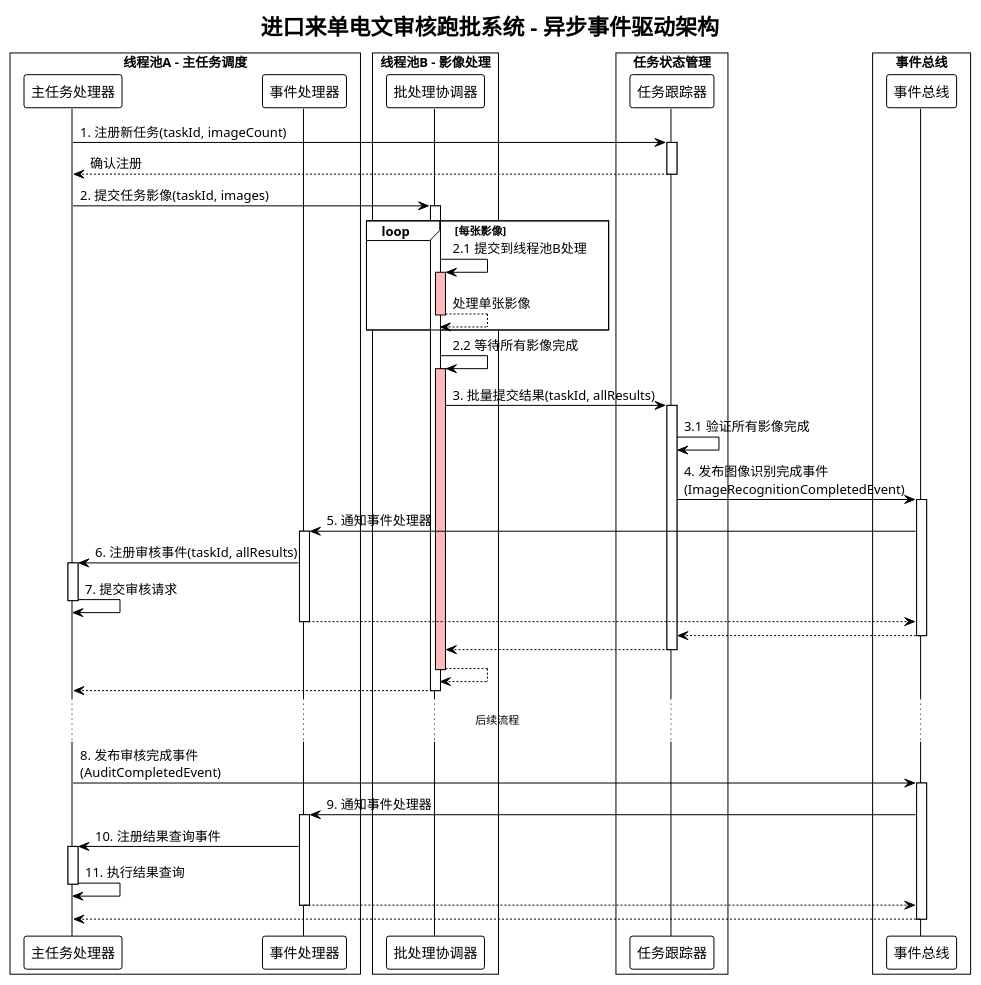
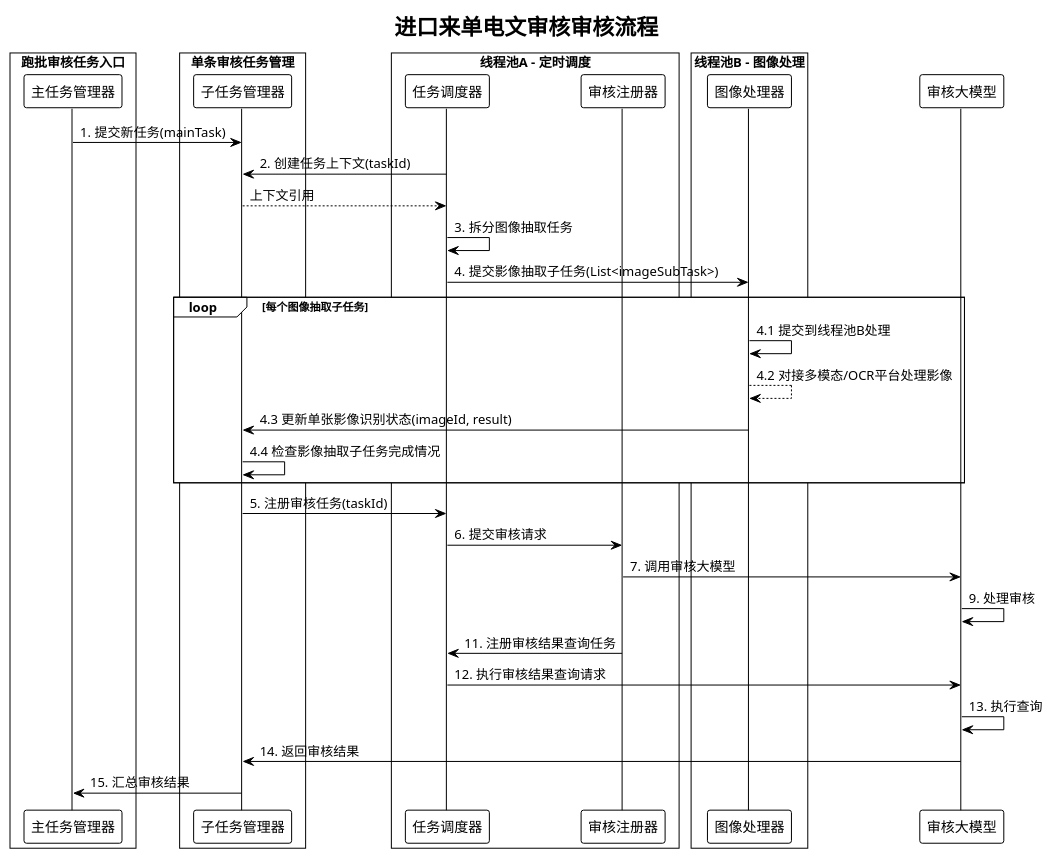
Before and after one commit to andyruohan/JavaApprentice: the diagram in session/honourAudit/process.puml, drawn with PlantUML. The commit also changed 1 other file, not shown here.

Commit message:
optimize audit process

```diff
--- a/session/honourAudit/process.puml
+++ b/session/honourAudit/process.puml
@@ -1,86 +1,49 @@
 @startuml
 !theme plain
-title 进口来单电文审核跑批系统 - 异步事件驱动架构
+title 进口来单电文审核审核流程
 
-box "线程池A - 主任务调度"
-participant 主任务处理器 as MainProcessor
-participant 事件处理器 as EventHandler
+box "跑批审核任务入口"
+participant 主任务管理器 as TaskGenerator
 end box
 
-box "线程池B - 影像处理"
-participant 批处理协调器 as BatchCoordinator
+box "单条审核任务管理"
+participant 子任务管理器 as TaskCoordinator
 end box
 
-box "任务状态管理"
-participant 任务跟踪器 as TaskTracker
+box "线程池A - 定时调度"
+participant 任务调度器 as TaskScheduler
+participant 审核注册器 as AuditRegister
 end box
 
-box "事件总线"
-participant 事件总线 as EventBus
+box "线程池B - 图像处理"
+participant 图像处理器 as ImageProcessor
 end box
 
-MainProcessor -> TaskTracker: 1. 注册新任务(taskId, imageCount)
-activate TaskTracker
-TaskTracker --> MainProcessor: 确认注册
-deactivate TaskTracker
+TaskGenerator -> TaskCoordinator: 1. 提交新任务(mainTask)
+TaskScheduler -> TaskCoordinator: 2. 创建任务上下文(taskId)
+TaskCoordinator --> TaskScheduler: 上下文引用
 
-MainProcessor -> BatchCoordinator: 2. 提交任务影像(taskId, images)
-activate BatchCoordinator
+TaskScheduler -> TaskScheduler: 3. 拆分图像抽取任务
+TaskScheduler -> ImageProcessor: 4. 提交影像抽取子任务(List<imageSubTask>)
 
-loop 每张影像
-    BatchCoordinator -> BatchCoordinator: 2.1 提交到线程池B处理
-    activate BatchCoordinator #FFBBBB
-    BatchCoordinator --> BatchCoordinator: 处理单张影像
-    deactivate BatchCoordinator
+loop 每个图像抽取子任务
+    ImageProcessor -> ImageProcessor: 4.1 提交到线程池B处理
+    ImageProcessor --> ImageProcessor: 4.2 对接多模态/OCR平台处理影像
+    ImageProcessor -> TaskCoordinator: 4.3 更新单张影像识别状态(imageId, result)
+    TaskCoordinator -> TaskCoordinator: 4.4 检查影像抽取子任务完成情况
 end
 
-BatchCoordinator -> BatchCoordinator: 2.2 等待所有影像完成
-activate BatchCoordinator #FFBBBB
+TaskCoordinator -> TaskScheduler: 5. 注册审核任务(taskId)
+TaskScheduler -> AuditRegister: 6. 提交审核请求
+AuditRegister -> 审核大模型: 7. 调用审核大模型
+审核大模型 -> 审核大模型: 9. 处理审核
 
-BatchCoordinator -> TaskTracker: 3. 批量提交结果(taskId, allResults)
-activate TaskTracker
 
-TaskTracker -> TaskTracker: 3.1 验证所有影像完成
-TaskTracker -> EventBus: 4. 发布图像识别完成事件\n(ImageRecognitionCompletedEvent)
-activate EventBus
+AuditRegister -> TaskScheduler: 11. 注册审核结果查询任务
+TaskScheduler -> 审核大模型: 12. 执行审核结果查询请求
+审核大模型 -> 审核大模型: 13. 执行查询
+审核大模型 -> TaskCoordinator: 14. 返回审核结果
+TaskCoordinator -> TaskGenerator: 15. 汇总审核结果
 
-EventBus -> EventHandler: 5. 通知事件处理器
-activate EventHandler
-
-EventHandler -> MainProcessor: 6. 注册审核事件(taskId, allResults)
-activate MainProcessor
-
-MainProcessor -> MainProcessor: 7. 提交审核请求
-deactivate MainProcessor
-
-EventHandler --> EventBus:
-deactivate EventHandler
-EventBus --> TaskTracker:
-deactivate EventBus
-TaskTracker --> BatchCoordinator:
-deactivate TaskTracker
-BatchCoordinator --> BatchCoordinator:
-deactivate BatchCoordinator
-BatchCoordinator --> MainProcessor:
-deactivate BatchCoordinator
-
-... 后续流程 ...
-
-MainProcessor -> EventBus: 8. 发布审核完成事件\n(AuditCompletedEvent)
-activate EventBus
-
-EventBus -> EventHandler: 9. 通知事件处理器
-activate EventHandler
-
-EventHandler -> MainProcessor: 10. 注册结果查询事件
-activate MainProcessor
-
-MainProcessor -> MainProcessor: 11. 执行结果查询
-deactivate MainProcessor
-
-EventHandler --> EventBus:
-deactivate EventHandler
-EventBus --> MainProcessor:
-deactivate EventBus
 
 @enduml
```
